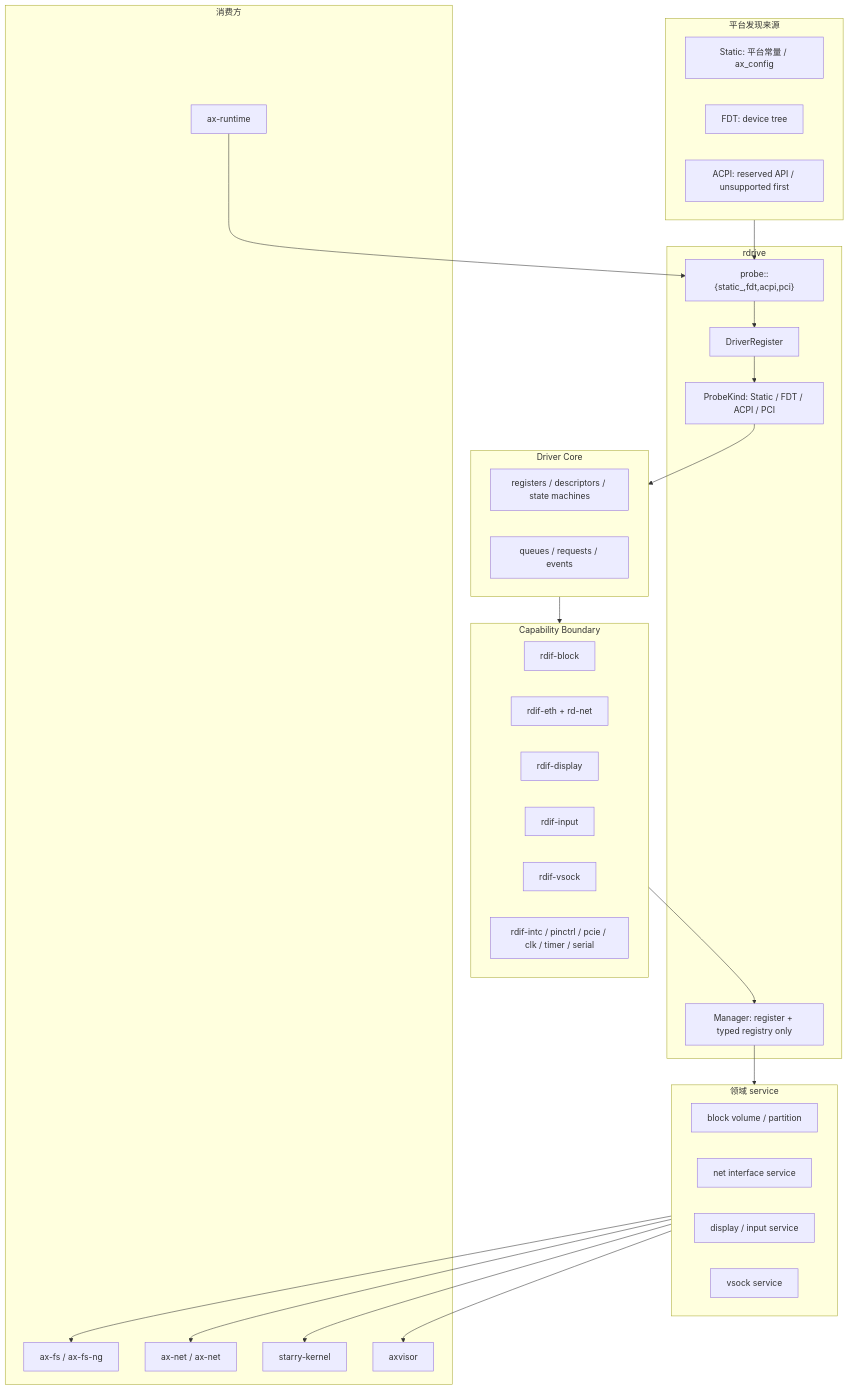
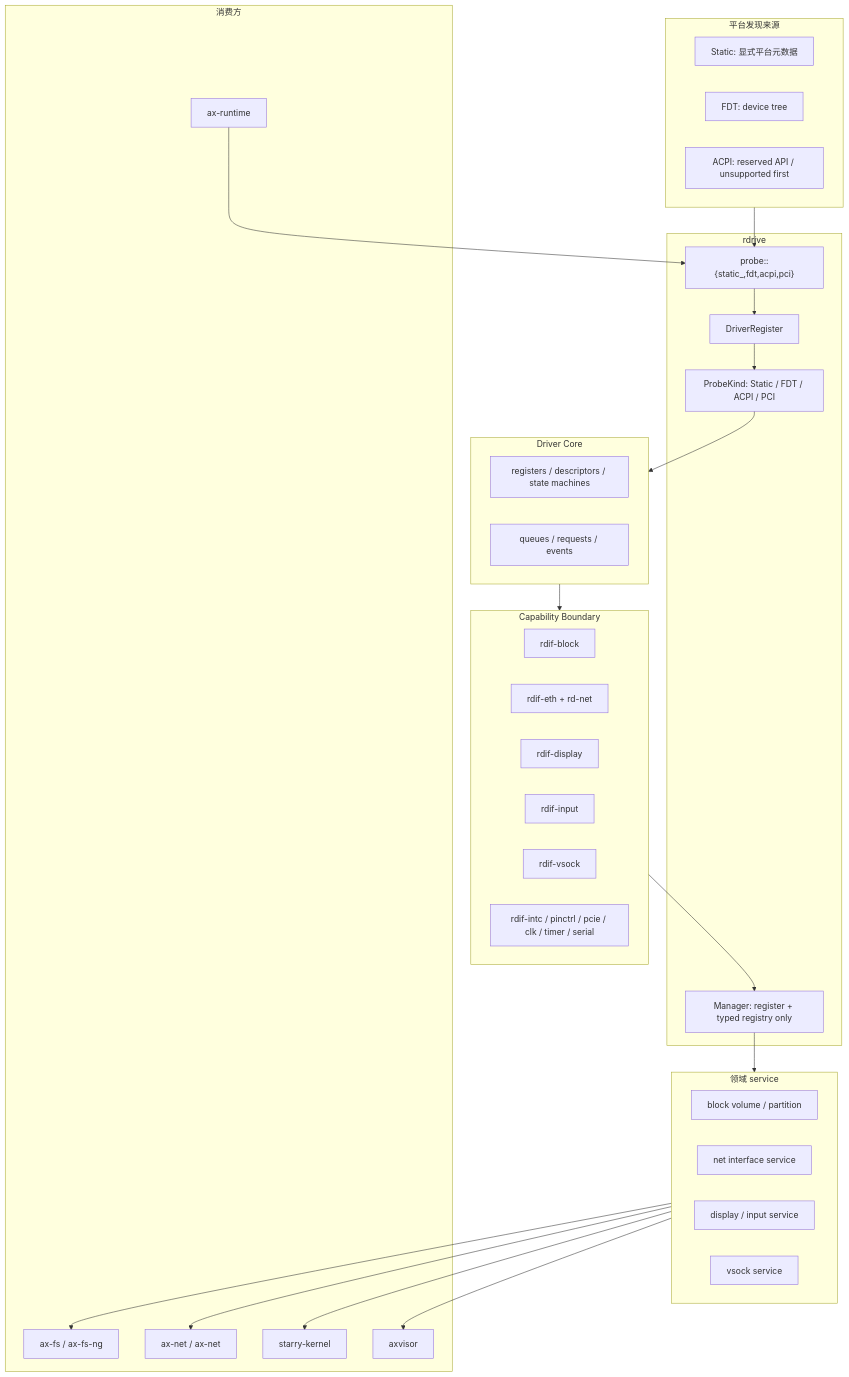
Before and after one commit to rcore-os/tgoskits: the first of 3 diagrams in docs/docs/architecture/rdrive-rdif.md, drawn with Mermaid. The commit also changed 204 other files, not shown here.

````diff
--- a/docs/docs/architecture/rdrive-rdif.md
+++ b/docs/docs/architecture/rdrive-rdif.md
@@ -33,57 +33,57 @@
 ```mermaid
 flowchart TB
     subgraph Sources["平台发现来源"]
-        Static["Static: 平台常量 / ax_config"]
+        Static["Static: 显式平台元数据"]
         Fdt["FDT: device tree"]
         Acpi["ACPI: reserved API / unsupported first"]
     end
 
     subgraph Rdrive["rdrive"]
         Manager["Manager: register + typed registry only"]
         Register["DriverRegister"]
         Kind["ProbeKind: Static / FDT / ACPI / PCI"]
         Backends["probe::{static_,fdt,acpi,pci}"]
     end
 
     subgraph DriverCore["Driver Core"]
         HwState["registers / descriptors / state machines"]
         Queues["queues / requests / events"]
     end
 
     subgraph Capability["Capability Boundary"]
         RdifBlock["rdif-block"]
         RdifEth["rdif-eth + rd-net"]
         RdifDisplay["rdif-display"]
         RdifInput["rdif-input"]
         RdifVsock["rdif-vsock"]
         RdifPlatform["rdif-intc / pinctrl / pcie / clk / timer / serial"]
     end
 
     subgraph Services["领域 service"]
         BlockVolume["block volume / partition"]
         NetService["net interface service"]
         UiService["display / input service"]
         VsockService["vsock service"]
     end
 
     subgraph Consumers["消费方"]
         Runtime["ax-runtime"]
         Fs["ax-fs / ax-fs-ng"]
         Net["ax-net / ax-net"]
         Starry["starry-kernel"]
         Axvisor["axvisor"]
     end
 
     Sources --> Backends
     Backends --> Register
     Register --> Kind
     Kind --> DriverCore
     DriverCore --> Capability
     Capability --> Manager
     Runtime --> Backends
     Manager --> Services
     Services --> Fs
     Services --> Net
     Services --> Starry
     Services --> Axvisor
 ```
````
